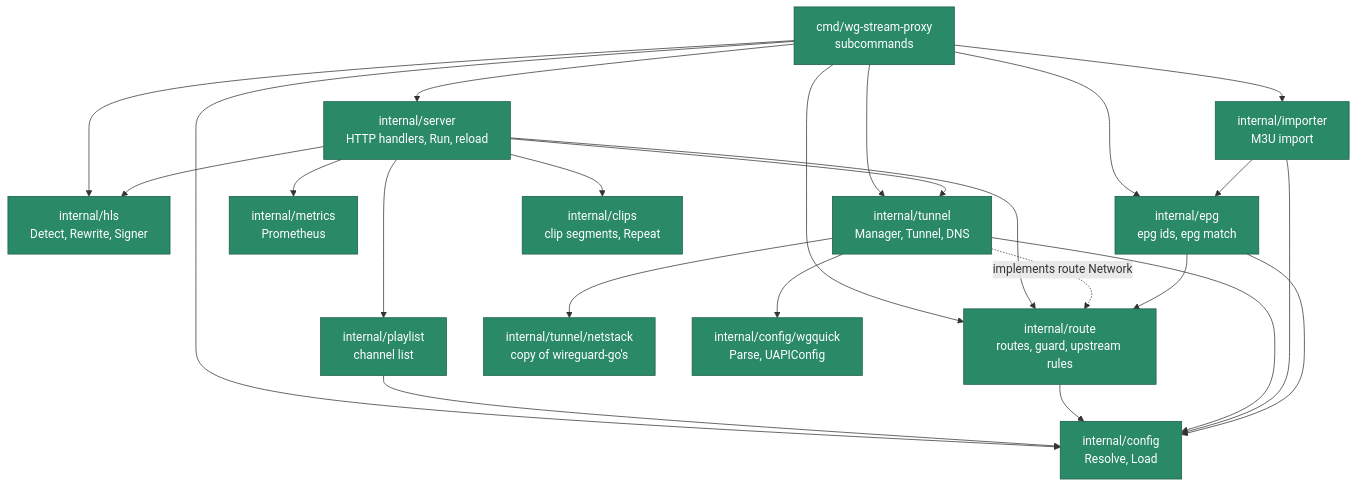
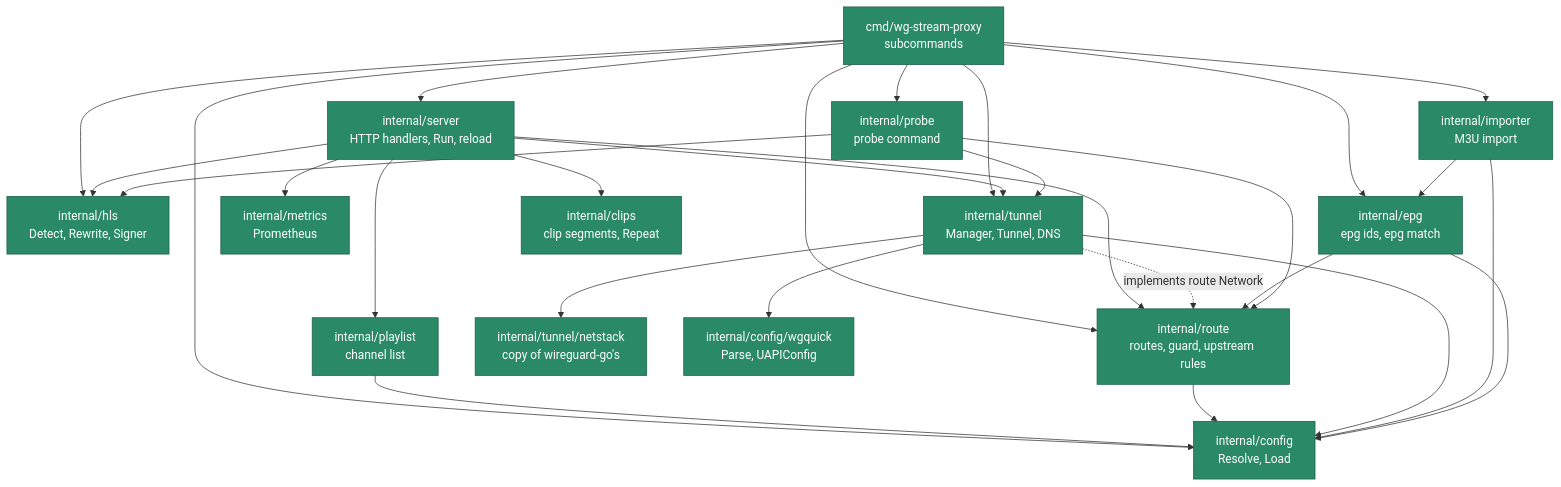
One commit to KingOfKalk/wg-stream-proxy changed diagram 14 of 17 in docs/architecture.md. Above: the diagram before and after it, drawn with Mermaid. The commit also changed other lines of this file and 21 other files, not shown here.

Commit message:
feat(cli): probe command to test a URL through a route (#123)

````diff
--- a/docs/architecture.md
+++ b/docs/architecture.md
@@ -817,27 +817,29 @@
 ```mermaid
 flowchart TD
     main["cmd/wg-stream-proxy<br/>subcommands"]:::done
     server["internal/server<br/>HTTP handlers, Run, reload"]:::done
     playlist["internal/playlist<br/>channel list"]:::done
     hls["internal/hls<br/>Detect, Rewrite, Signer"]:::done
     route["internal/route<br/>routes, guard, upstream rules"]:::done
     tunnel["internal/tunnel<br/>Manager, Tunnel, DNS"]:::done
     netstack["internal/tunnel/netstack<br/>copy of wireguard-go's"]:::done
     config["internal/config<br/>Resolve, Load"]:::done
     wgquick["internal/config/wgquick<br/>Parse, UAPIConfig"]:::done
     metrics["internal/metrics<br/>Prometheus"]:::done
     importer["internal/importer<br/>M3U import"]:::done
     epg["internal/epg<br/>epg ids, epg match"]:::done
     clips["internal/clips<br/>clip segments, Repeat"]:::done
+    probe["internal/probe<br/>probe command"]:::done
 
-    main --> server & config & importer & epg & route & tunnel & hls
+    main --> server & config & importer & epg & probe & route & tunnel & hls
     server --> playlist & hls & route & tunnel & metrics & clips
     playlist --> config
     route --> config
     tunnel -. "implements route Network" .-> route
     tunnel --> config & wgquick & netstack
     importer --> config & epg
     epg --> config & route
+    probe --> hls & route & tunnel
 
     classDef done fill:#2a8a68,stroke:#1a5e46,color:#ffffff
 ```
````
